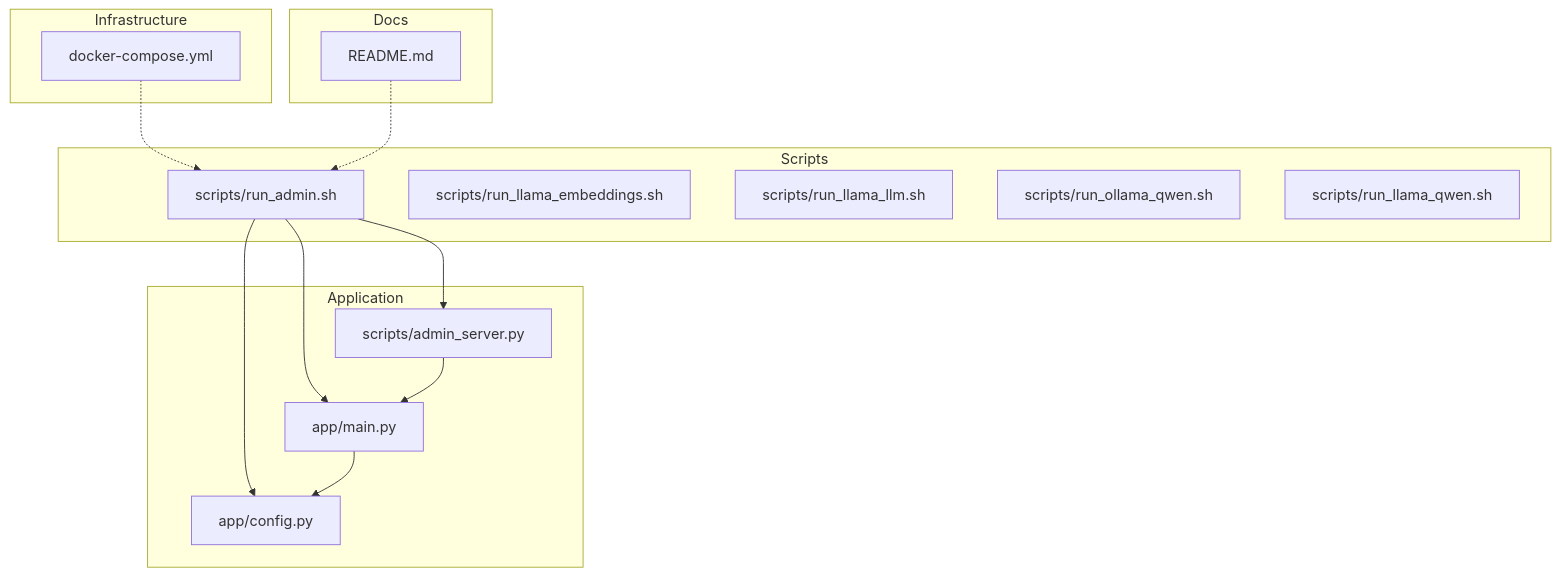
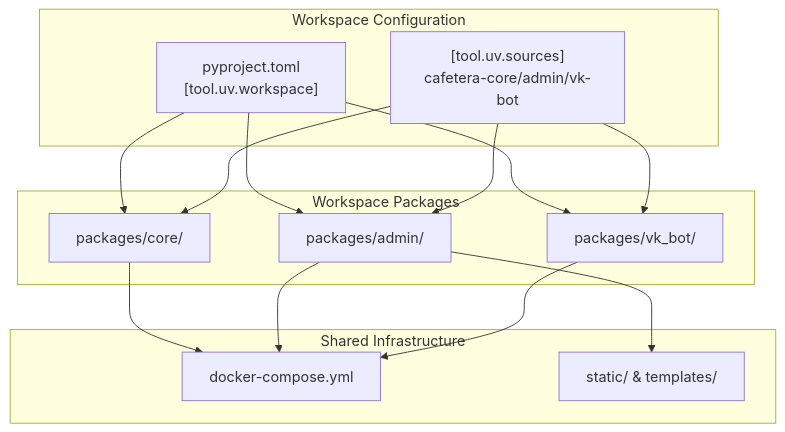
Before and after one commit to ognelis/cafetera_hr_bot: the diagram in .qoder/repowiki/en/content/Getting Started.md, drawn with Mermaid. The commit also changed other lines of this file and 139 other files, not shown here.

````diff
--- a/.qoder/repowiki/en/content/Getting Started.md
+++ b/.qoder/repowiki/en/content/Getting Started.md
@@ -58,28 +67,26 @@
 ```mermaid
 graph TB
-subgraph "Application"
-MAIN["app/main.py"]
-CFG["app/config.py"]
-ADMIN["scripts/admin_server.py"]
+subgraph "Workspace Packages"
+CORE["packages/core/"]
+ADMIN["packages/admin/"]
+VKBOT["packages/vk_bot/"]
 end
-subgraph "Scripts"
-RUNADMIN["scripts/run_admin.sh"]
-LLAMAE["scripts/run_llama_embeddings.sh"]
-LLAMAL["scripts/run_llama_llm.sh"]
-OLLA["scripts/run_ollama_qwen.sh"]
-LLAMAQ["scripts/run_llama_qwen.sh"]
+subgraph "Workspace Configuration"
+PYPROJECT["pyproject.toml<br/>[tool.uv.workspace]"]
+SOURCES["[tool.uv.sources]<br/>cafetera-core/admin/vk-bot"]
 end
-subgraph "Infrastructure"
+subgraph "Shared Infrastructure"
 DOCKER["docker-compose.yml"]
+STATIC["static/ & templates/"]
 end
-subgraph "Docs"
-README["README.md"]
-end
-RUNADMIN --> MAIN
-RUNADMIN --> CFG
-RUNADMIN --> ADMIN
-ADMIN --> MAIN
-MAIN --> CFG
-DOCKER -.-> RUNADMIN
-README -.-> RUNADMIN
+PYPROJECT --> CORE
+PYPROJECT --> ADMIN
+PYPROJECT --> VKBOT
+SOURCES --> CORE
+SOURCES --> ADMIN
+SOURCES --> VKBOT
+ADMIN --> STATIC
+CORE --> DOCKER
+ADMIN --> DOCKER
+VKBOT --> DOCKER
 ```
````
